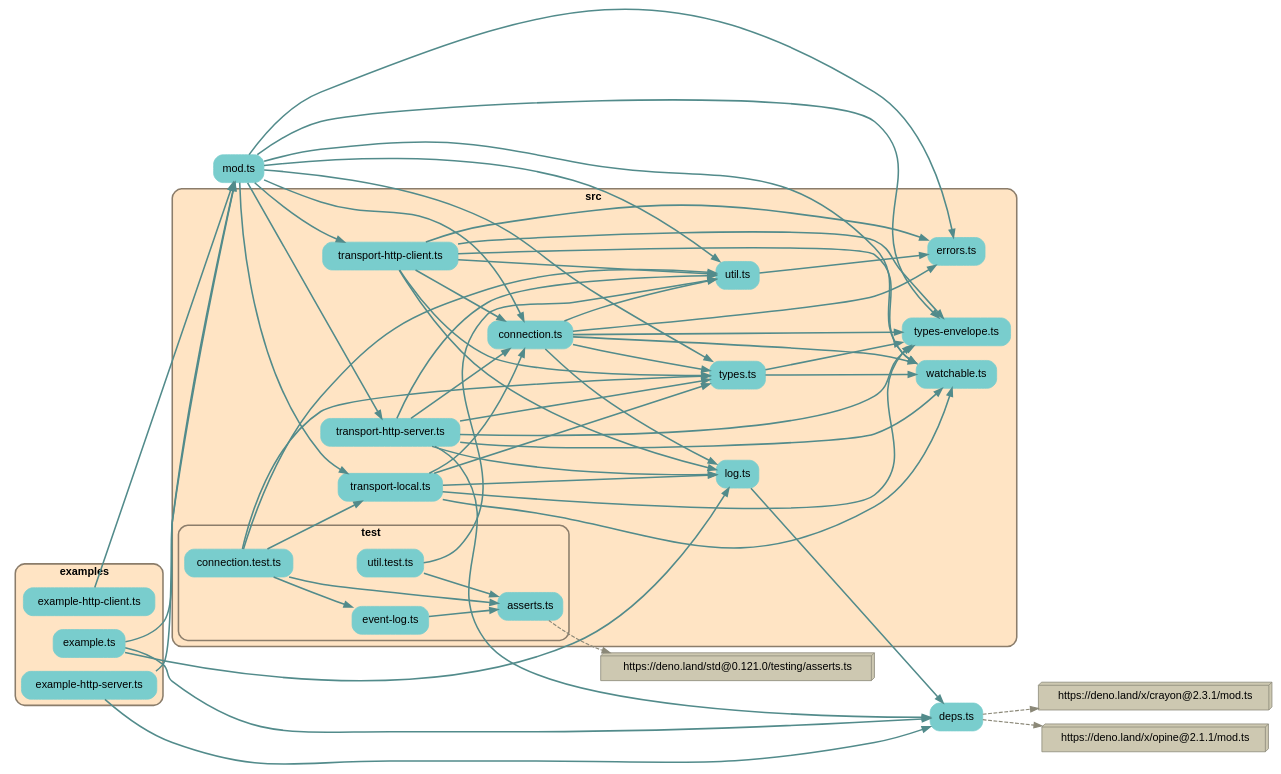
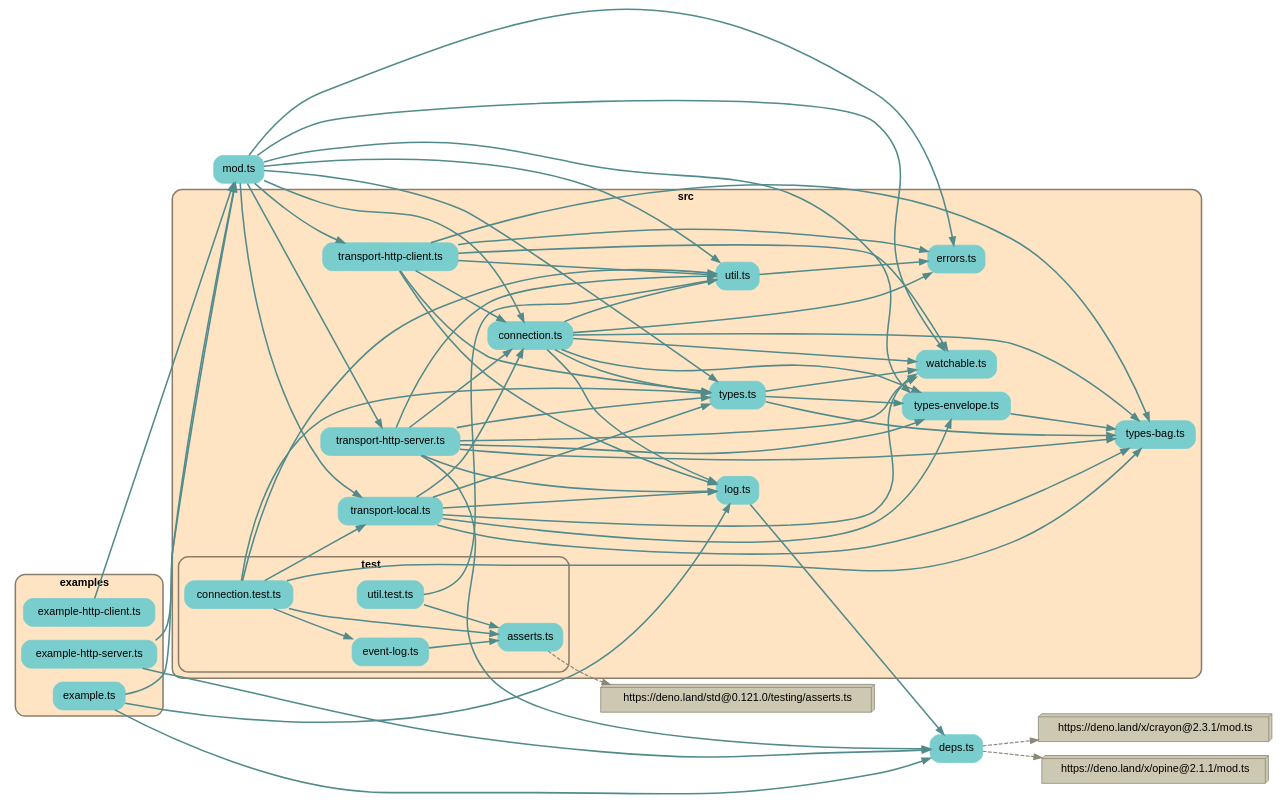
Before and after one commit to earthstar-project/earthstar-streaming-rpc: the diagram in depchart/depchart-full.dot, drawn with Graphviz. The commit also changed 5 other files, not shown here.

```diff
--- a/depchart/depchart-full.dot
+++ b/depchart/depchart-full.dot
@@ -1,125 +1,132 @@
 
 digraph G {
     //splines=line;
     //splines=polyline;
     splines=true;
     rankdir=LR;
     //newrank=true;
     compound=true;
     graph [fontname = "helvetica"];  // dpi=72
     node [fontname = "helvetica"];
     edge [fontname = "helvetica"];
     
     // files in their folder clusters
         "deps.ts" [label="deps.ts", shape=rectangle; style="rounded,filled"; color=darkslategray3];
         "mod.ts" [label="mod.ts", shape=rectangle; style="rounded,filled"; color=darkslategray3];
 
-        subgraph cluster816164315 {
+        subgraph cluster7963401700 {
             label=<<b>examples</b>>;
             style="rounded,filled";
             fillcolor=bisque;
             color=bisque4;
             penwidth=2;
                     
             "examples/example-http-client.ts" [label="example-http-client.ts", shape=rectangle; style="rounded,filled"; color=darkslategray3];
             "examples/example-http-server.ts" [label="example-http-server.ts", shape=rectangle; style="rounded,filled"; color=darkslategray3];
             "examples/example.ts" [label="example.ts", shape=rectangle; style="rounded,filled"; color=darkslategray3];
         }
 
-        subgraph cluster8707387619 {
+        subgraph cluster7084021668 {
             label=<<b>src</b>>;
             style="rounded,filled";
             fillcolor=bisque;
             color=bisque4;
             penwidth=2;
                     
             "src/connection.ts" [label="connection.ts", shape=rectangle; style="rounded,filled"; color=darkslategray3];
             "src/errors.ts" [label="errors.ts", shape=rectangle; style="rounded,filled"; color=darkslategray3];
             "src/log.ts" [label="log.ts", shape=rectangle; style="rounded,filled"; color=darkslategray3];
             "src/transport-http-client.ts" [label="transport-http-client.ts", shape=rectangle; style="rounded,filled"; color=darkslategray3];
             "src/transport-http-server.ts" [label="transport-http-server.ts", shape=rectangle; style="rounded,filled"; color=darkslategray3];
             "src/transport-local.ts" [label="transport-local.ts", shape=rectangle; style="rounded,filled"; color=darkslategray3];
+            "src/types-bag.ts" [label="types-bag.ts", shape=rectangle; style="rounded,filled"; color=darkslategray3];
             "src/types-envelope.ts" [label="types-envelope.ts", shape=rectangle; style="rounded,filled"; color=darkslategray3];
             "src/types.ts" [label="types.ts", shape=rectangle; style="rounded,filled"; color=darkslategray3];
             "src/util.ts" [label="util.ts", shape=rectangle; style="rounded,filled"; color=darkslategray3];
             "src/watchable.ts" [label="watchable.ts", shape=rectangle; style="rounded,filled"; color=darkslategray3];
     
-            subgraph cluster2588540949 {
+            subgraph cluster1013305668 {
                 label=<<b>test</b>>;
                 style="rounded,filled";
                 fillcolor=bisque;
                 color=bisque4;
                 penwidth=2;
                         
                 "src/test/asserts.ts" [label="asserts.ts", shape=rectangle; style="rounded,filled"; color=darkslategray3];
                 "src/test/connection.test.ts" [label="connection.test.ts", shape=rectangle; style="rounded,filled"; color=darkslategray3];
                 "src/test/event-log.ts" [label="event-log.ts", shape=rectangle; style="rounded,filled"; color=darkslategray3];
                 "src/test/util.test.ts" [label="util.test.ts", shape=rectangle; style="rounded,filled"; color=darkslategray3];
             }
         }
 
     // packages not in their own cluster
         "https://deno.land/x/crayon@2.3.1/mod.ts" [shape=box3d, style=filled, fillcolor=cornsilk3, color=cornsilk4];
         "https://deno.land/x/opine@2.1.1/mod.ts" [shape=box3d, style=filled, fillcolor=cornsilk3, color=cornsilk4];
         "https://deno.land/std@0.121.0/testing/asserts.ts" [shape=box3d, style=filled, fillcolor=cornsilk3, color=cornsilk4];
 
     // edges between files
     "examples/example-http-client.ts" -> "mod.ts" [penwidth=2; color=darkslategray4];
     "examples/example-http-server.ts" -> "mod.ts" [penwidth=2; color=darkslategray4];
     "examples/example-http-server.ts" -> "deps.ts" [penwidth=2; color=darkslategray4];
     "examples/example.ts" -> "mod.ts" [penwidth=2; color=darkslategray4];
     "examples/example.ts" -> "src/log.ts" [penwidth=2; color=darkslategray4];
     "examples/example.ts" -> "deps.ts" [penwidth=2; color=darkslategray4];
     "mod.ts" -> "src/connection.ts" [penwidth=2; color=darkslategray4];
     "mod.ts" -> "src/errors.ts" [penwidth=2; color=darkslategray4];
     "mod.ts" -> "src/transport-http-client.ts" [penwidth=2; color=darkslategray4];
     "mod.ts" -> "src/transport-http-server.ts" [penwidth=2; color=darkslategray4];
     "mod.ts" -> "src/transport-local.ts" [penwidth=2; color=darkslategray4];
     "mod.ts" -> "src/types-envelope.ts" [penwidth=2; color=darkslategray4];
     "mod.ts" -> "src/types.ts" [penwidth=2; color=darkslategray4];
     "mod.ts" -> "src/util.ts" [penwidth=2; color=darkslategray4];
     "mod.ts" -> "src/watchable.ts" [penwidth=2; color=darkslategray4];
     "src/connection.ts" -> "src/errors.ts" [penwidth=2; color=darkslategray4];
     "src/connection.ts" -> "src/types.ts" [penwidth=2; color=darkslategray4];
+    "src/connection.ts" -> "src/types-bag.ts" [penwidth=2; color=darkslategray4];
     "src/connection.ts" -> "src/types-envelope.ts" [penwidth=2; color=darkslategray4];
     "src/connection.ts" -> "src/watchable.ts" [penwidth=2; color=darkslategray4];
     "src/connection.ts" -> "src/util.ts" [penwidth=2; color=darkslategray4];
     "src/connection.ts" -> "src/log.ts" [penwidth=2; color=darkslategray4];
     "src/log.ts" -> "deps.ts" [penwidth=2; color=darkslategray4];
     "src/test/connection.test.ts" -> "src/test/asserts.ts" [penwidth=2; color=darkslategray4];
     "src/test/connection.test.ts" -> "src/types.ts" [penwidth=2; color=darkslategray4];
+    "src/test/connection.test.ts" -> "src/types-bag.ts" [penwidth=2; color=darkslategray4];
     "src/test/connection.test.ts" -> "src/transport-local.ts" [penwidth=2; color=darkslategray4];
     "src/test/connection.test.ts" -> "src/util.ts" [penwidth=2; color=darkslategray4];
     "src/test/connection.test.ts" -> "src/test/event-log.ts" [penwidth=2; color=darkslategray4];
     "src/test/event-log.ts" -> "src/test/asserts.ts" [penwidth=2; color=darkslategray4];
     "src/test/util.test.ts" -> "src/test/asserts.ts" [penwidth=2; color=darkslategray4];
     "src/test/util.test.ts" -> "src/util.ts" [penwidth=2; color=darkslategray4];
+    "src/transport-http-client.ts" -> "src/types-bag.ts" [penwidth=2; color=darkslategray4];
     "src/transport-http-client.ts" -> "src/errors.ts" [penwidth=2; color=darkslategray4];
     "src/transport-http-client.ts" -> "src/types.ts" [penwidth=2; color=darkslategray4];
-    "src/transport-http-client.ts" -> "src/types-envelope.ts" [penwidth=2; color=darkslategray4];
     "src/transport-http-client.ts" -> "src/watchable.ts" [penwidth=2; color=darkslategray4];
     "src/transport-http-client.ts" -> "src/util.ts" [penwidth=2; color=darkslategray4];
     "src/transport-http-client.ts" -> "src/connection.ts" [penwidth=2; color=darkslategray4];
     "src/transport-http-client.ts" -> "src/log.ts" [penwidth=2; color=darkslategray4];
+    "src/transport-http-server.ts" -> "src/types-bag.ts" [penwidth=2; color=darkslategray4];
     "src/transport-http-server.ts" -> "src/types.ts" [penwidth=2; color=darkslategray4];
     "src/transport-http-server.ts" -> "src/types-envelope.ts" [penwidth=2; color=darkslategray4];
     "src/transport-http-server.ts" -> "src/util.ts" [penwidth=2; color=darkslategray4];
     "src/transport-http-server.ts" -> "src/watchable.ts" [penwidth=2; color=darkslategray4];
     "src/transport-http-server.ts" -> "src/connection.ts" [penwidth=2; color=darkslategray4];
     "src/transport-http-server.ts" -> "src/log.ts" [penwidth=2; color=darkslategray4];
     "src/transport-http-server.ts" -> "deps.ts" [penwidth=2; color=darkslategray4];
+    "src/transport-local.ts" -> "src/types-bag.ts" [penwidth=2; color=darkslategray4];
     "src/transport-local.ts" -> "src/types.ts" [penwidth=2; color=darkslategray4];
     "src/transport-local.ts" -> "src/types-envelope.ts" [penwidth=2; color=darkslategray4];
     "src/transport-local.ts" -> "src/watchable.ts" [penwidth=2; color=darkslategray4];
     "src/transport-local.ts" -> "src/connection.ts" [penwidth=2; color=darkslategray4];
     "src/transport-local.ts" -> "src/log.ts" [penwidth=2; color=darkslategray4];
+    "src/types-envelope.ts" -> "src/types-bag.ts" [penwidth=2; color=darkslategray4];
     "src/types.ts" -> "src/types-envelope.ts" [penwidth=2; color=darkslategray4];
+    "src/types.ts" -> "src/types-bag.ts" [penwidth=2; color=darkslategray4];
     "src/types.ts" -> "src/watchable.ts" [penwidth=2; color=darkslategray4];
     "src/util.ts" -> "src/errors.ts" [penwidth=2; color=darkslategray4];
 
     // edges from files to packages
     "deps.ts" -> "https://deno.land/x/crayon@2.3.1/mod.ts" [penwidth=1.5; style=dashed, color=cornsilk4, weight=1];
     "deps.ts" -> "https://deno.land/x/opine@2.1.1/mod.ts" [penwidth=1.5; style=dashed, color=cornsilk4, weight=1];
     "src/test/asserts.ts" -> "https://deno.land/std@0.121.0/testing/asserts.ts" [penwidth=1.5; style=dashed, color=cornsilk4, weight=1];
 
 }
```
